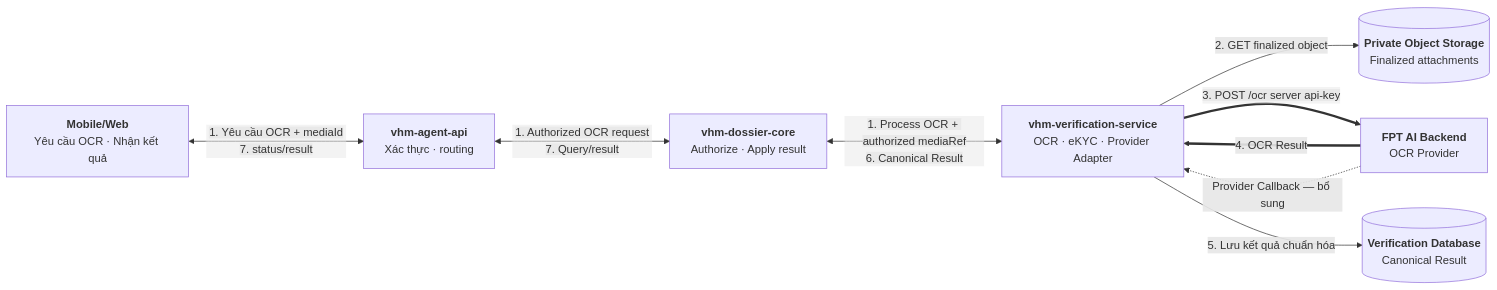
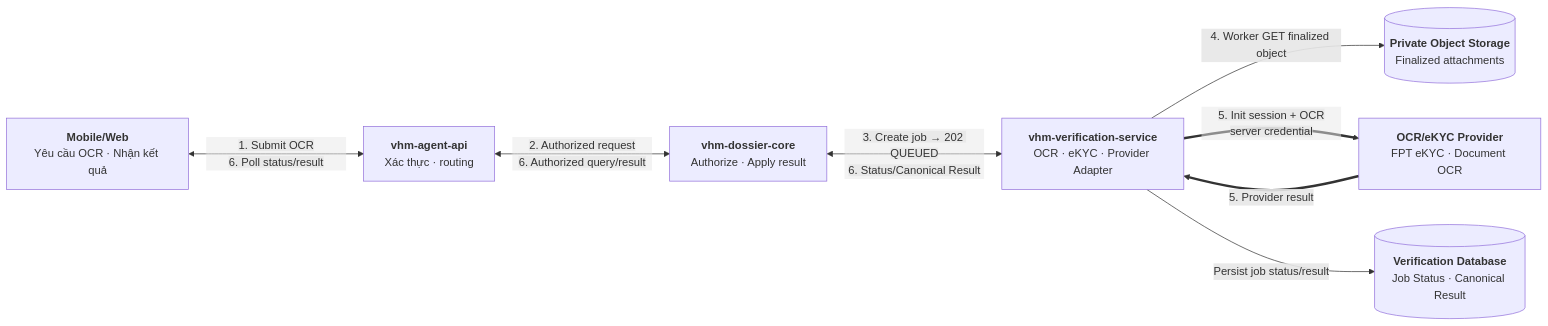
Before and after one commit to huynv-xyz/vhm: the second of 10 diagrams in noxh.md, drawn with Mermaid. The commit also changed other lines of this file, not shown here.

````diff
--- a/noxh.md
+++ b/noxh.md
@@ -164,30 +175,29 @@
 ```mermaid
 flowchart LR
     AGENT["`**Mobile/Web**
 Yêu cầu OCR · Nhận kết quả`"]
     BFF["`**vhm-agent-api**
 Xác thực · routing`"]
     NOXH["`**vhm-dossier-core**
 Authorize · Apply result`"]
     VERIFY["`**vhm-verification-service**
 OCR · eKYC · Provider Adapter`"]
     MEDIA[("`**Private Object Storage**
 Finalized attachments`")]
-    PROVIDER["`**FPT AI Backend**
-OCR Provider`"]
+    PROVIDER["`**OCR/eKYC Provider**
+FPT eKYC · Document OCR`"]
     DB[("`**Verification Database**
-Canonical Result`")]
+Job Status · Canonical Result`")]
 
-    AGENT <-->|"`1. Yêu cầu OCR + mediaId
-7. status/result`"| BFF
-    BFF <-->|"`1. Authorized OCR request
-7. Query/result`"| NOXH
-    NOXH <-->|"`1. Process OCR + authorized mediaRef
-6. Canonical Result`"| VERIFY
-    VERIFY -->|"2. GET finalized object"| MEDIA
-    VERIFY ==>|"`3. POST /ocr
-server api-key`"| PROVIDER
-    PROVIDER ==>|"4. OCR Result"| VERIFY
-    PROVIDER -.->|"Provider Callback — bổ sung"| VERIFY
-    VERIFY -->|"5. Lưu kết quả chuẩn hóa"| DB
+    AGENT <-->|"`1. Submit OCR
+6. Poll status/result`"| BFF
+    BFF <-->|"`2. Authorized request
+6. Authorized query/result`"| NOXH
+    NOXH <-->|"`3. Create job → 202 QUEUED
+6. Status/Canonical Result`"| VERIFY
+    VERIFY -->|"4. Worker GET finalized object"| MEDIA
+    VERIFY ==>|"`5. Init session + OCR
+server credential`"| PROVIDER
+    PROVIDER ==>|"5. Provider result"| VERIFY
+    VERIFY -->|"Persist job status/result"| DB
 ```
````
